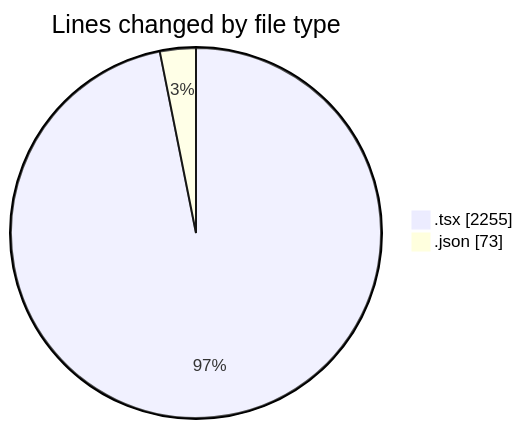
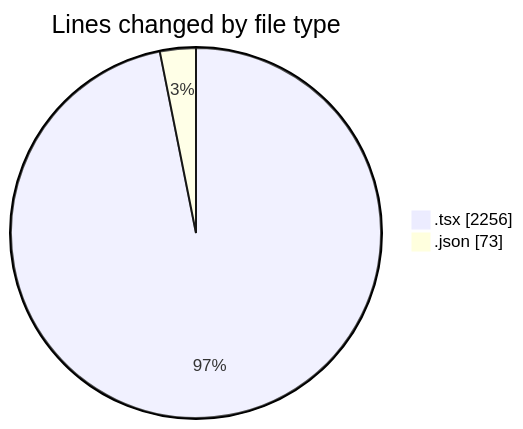
One commit to momahboobian/code-tracking changed the first of 2 diagrams in 2025-10-02/cda/README.md. Above: the diagram before and after it, drawn with Mermaid. The commit also changed other lines of this file and 1 other file, not shown here.

````diff
--- a/2025-10-02/cda/README.md
+++ b/2025-10-02/cda/README.md
@@ -23,6 +23,6 @@
 ```mermaid
 pie showData
 title Lines changed by file type
-".tsx" : 2255
+".tsx" : 2256
 ".json" : 73
 ```
````
